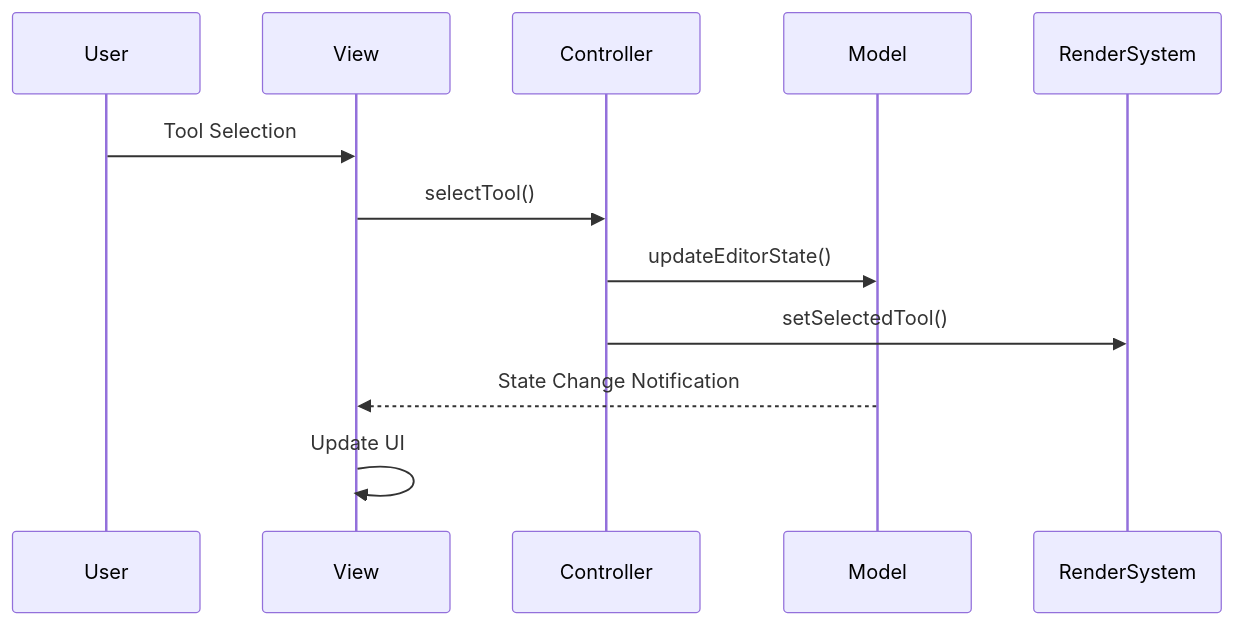
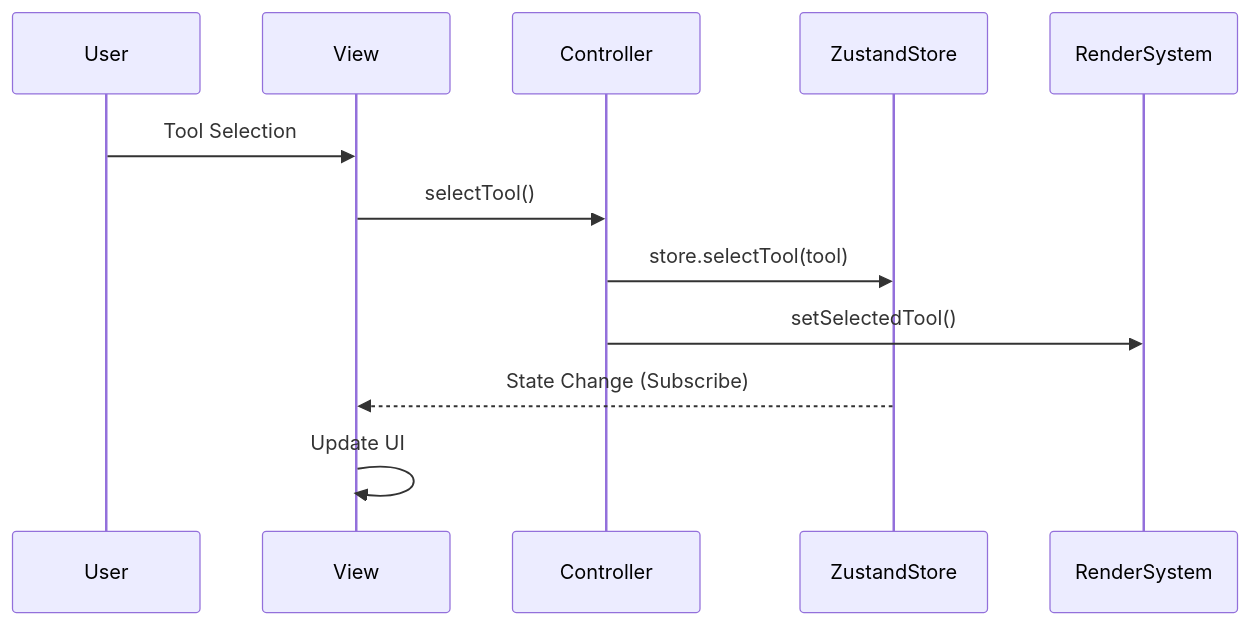
Before and after one commit to traponion/jumping-dot-game: the second of 3 diagrams in .claude/ARCHITECTURE.md, drawn with Mermaid. The commit also changed other lines of this file, not shown here.

First line of the commit message:
docs: Update ARCHITECTURE.md to reflect Zustand state management

````diff
--- a/.claude/ARCHITECTURE.md
+++ b/.claude/ARCHITECTURE.md
@@ -228,15 +326,15 @@
 ```mermaid
 sequenceDiagram
     participant User
     participant View
     participant Controller
-    participant Model
+    participant ZustandStore
     participant RenderSystem
     
     User->>View: Tool Selection
     View->>Controller: selectTool()
-    Controller->>Model: updateEditorState()
+    Controller->>ZustandStore: store.selectTool(tool)
     Controller->>RenderSystem: setSelectedTool()
-    Model-->>View: State Change Notification
+    ZustandStore-->>View: State Change (Subscribe)
     View->>View: Update UI
 ```
````
